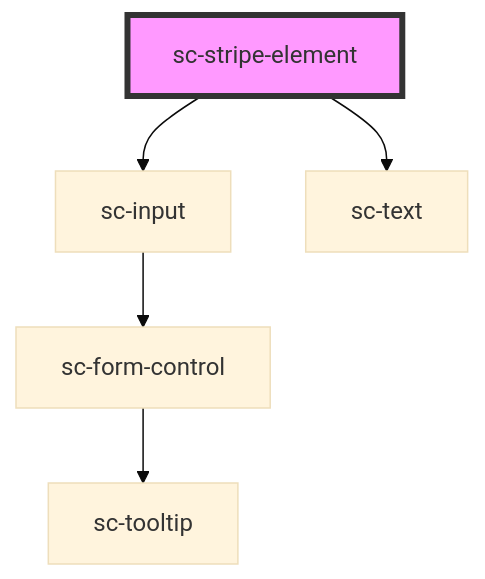
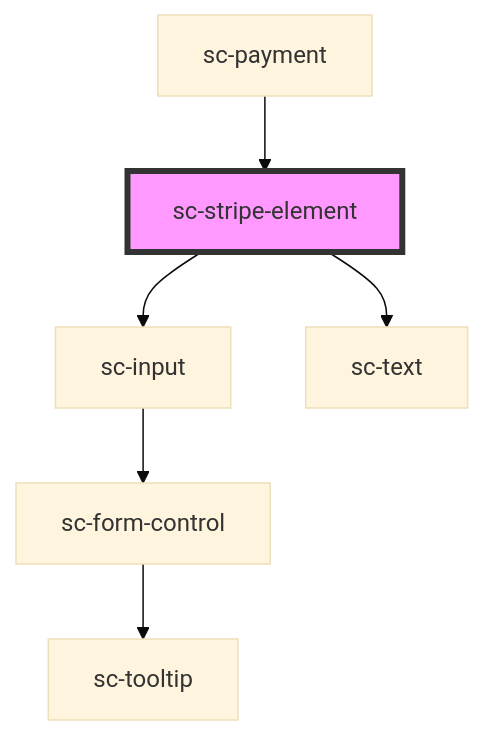
Before and after one commit to surecart/surecart-wp-plugin: the diagram in packages/components/src/components/ui/stripe-element/readme.md, drawn with Mermaid (base theme). The commit also changed other lines of this file and 14 other files, not shown here.

````diff
--- a/packages/components/src/components/ui/stripe-element/readme.md
+++ b/packages/components/src/components/ui/stripe-element/readme.md
@@ -63,8 +67,9 @@
 ```mermaid
 graph TD;
   sc-stripe-element --> sc-input
   sc-stripe-element --> sc-text
   sc-input --> sc-form-control
   sc-form-control --> sc-tooltip
+  sc-payment --> sc-stripe-element
   style sc-stripe-element fill:#f9f,stroke:#333,stroke-width:4px
 ```
````
